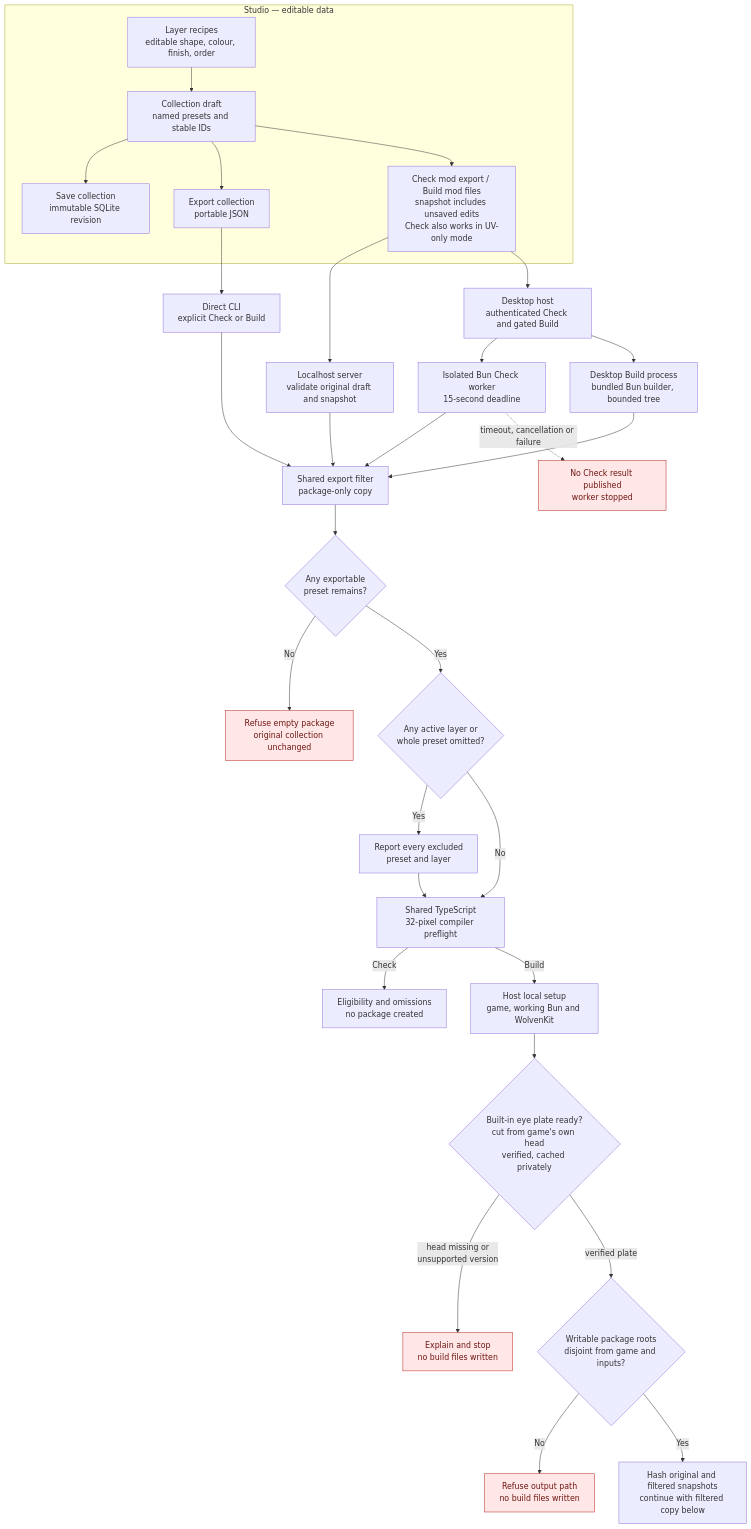
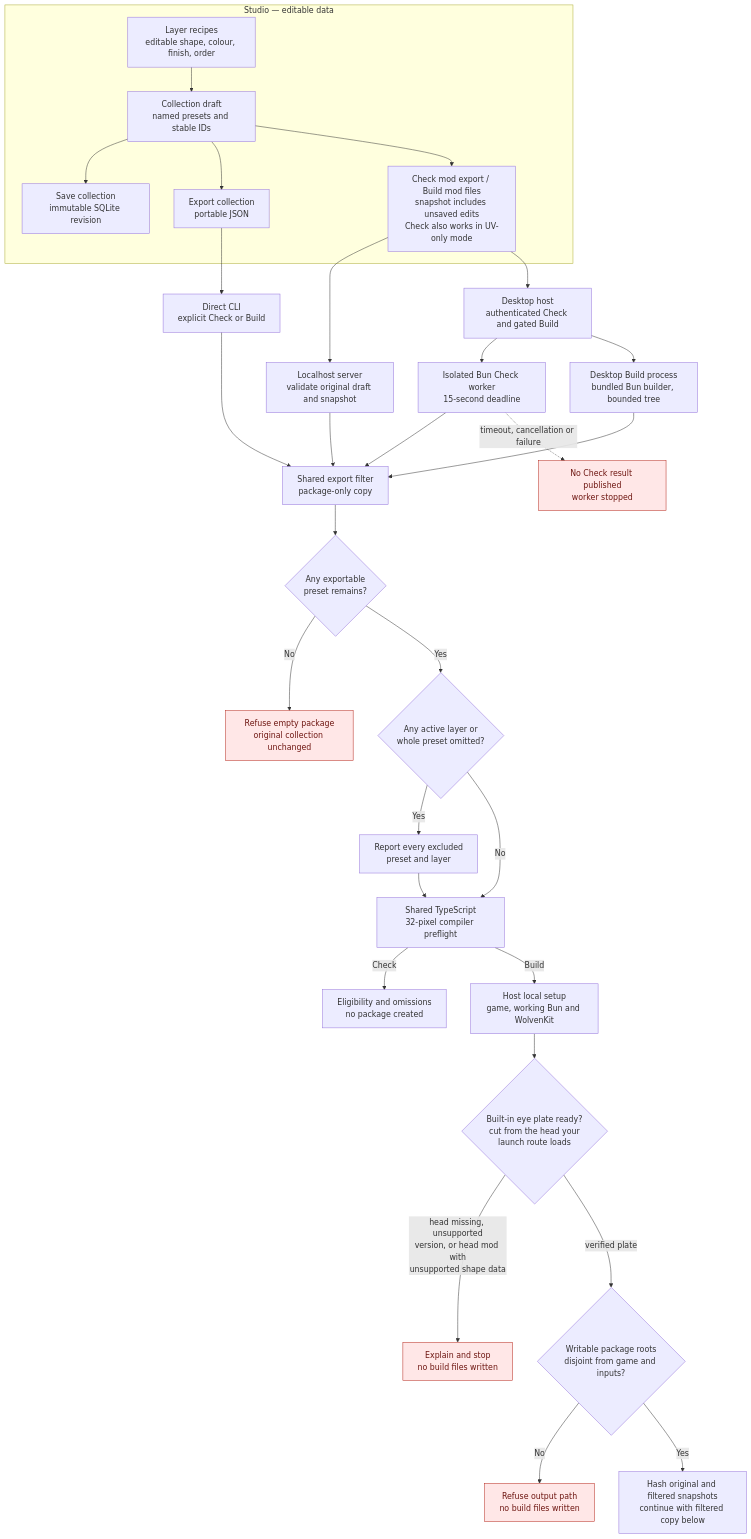
The first of 3 diagrams in research/authoring/studio-to-mod-pipeline.md (axefrog/xf-studio), drawn with Mermaid before and after one commit. The commit also changed other lines of this file and 19 other files, not shown here.

First line of the commit message:
Cut the built-in eye plate from the head the launch route loads

````diff
--- a/research/authoring/studio-to-mod-pipeline.md
+++ b/research/authoring/studio-to-mod-pipeline.md
@@ -11,36 +11,36 @@
 ```mermaid
 flowchart TB
   subgraph editor["Studio — editable data"]
     recipe["Layer recipes<br/>editable shape, colour, finish, order"] --> draft["Collection draft<br/>named presets and stable IDs"]
     draft --> sqlite["Save collection<br/>immutable SQLite revision"]
     draft --> export["Export collection<br/>portable JSON"]
     draft --> ui["Check mod export / Build mod files<br/>snapshot includes unsaved edits<br/>Check also works in UV-only mode"]
   end
 
   ui --> server["Localhost server<br/>validate original draft and snapshot"]
   ui --> desktop["Desktop host<br/>authenticated Check and gated Build"]
   server --> filter["Shared export filter<br/>package-only copy"]
   desktop --> worker["Isolated Bun Check worker<br/>15-second deadline"]
   desktop --> buildWrapper["Desktop Build process<br/>bundled Bun builder, bounded tree"]
   worker --> filter
   buildWrapper --> filter
   worker -. "timeout, cancellation or failure" .-> noresult["No Check result published<br/>worker stopped"]
   export --> cli["Direct CLI<br/>explicit Check or Build"]
   cli --> filter
   filter --> decision{"Any exportable<br/>preset remains?"}
   decision -- No --> reject["Refuse empty package<br/>original collection unchanged"]
   decision -- Yes --> omitted{"Any active layer or<br/>whole preset omitted?"}
   omitted -- Yes --> warn["Report every excluded<br/>preset and layer"]
   omitted -- No --> preflight["Shared TypeScript<br/>32-pixel compiler preflight"]
   warn --> preflight
   preflight -- Check --> ready["Eligibility and omissions<br/>no package created"]
   preflight -- Build --> setup["Host local setup<br/>game, working Bun and WolvenKit"]
-  setup --> plate{"Built-in eye plate ready?<br/>cut from game's own head<br/>verified, cached privately"}
-  plate -- "head missing or<br/>unsupported version" --> noplate["Explain and stop<br/>no build files written"]
+  setup --> plate{"Built-in eye plate ready?<br/>cut from the head your<br/>launch route loads"}
+  plate -- "head missing, unsupported<br/>version, or head mod with<br/>unsupported shape data" --> noplate["Explain and stop<br/>no build files written"]
   plate -- "verified plate" --> roots{"Writable package roots<br/>disjoint from game and inputs?"}
   roots -- No --> unsafe["Refuse output path<br/>no build files written"]
   roots -- Yes --> snapshot["Hash original and filtered snapshots<br/>continue with filtered copy below"]
 
   classDef blocked fill:#ffe7e7,stroke:#b42318,color:#6e1611;
   class reject,noresult,unsafe,noplate blocked;
 ```
````
